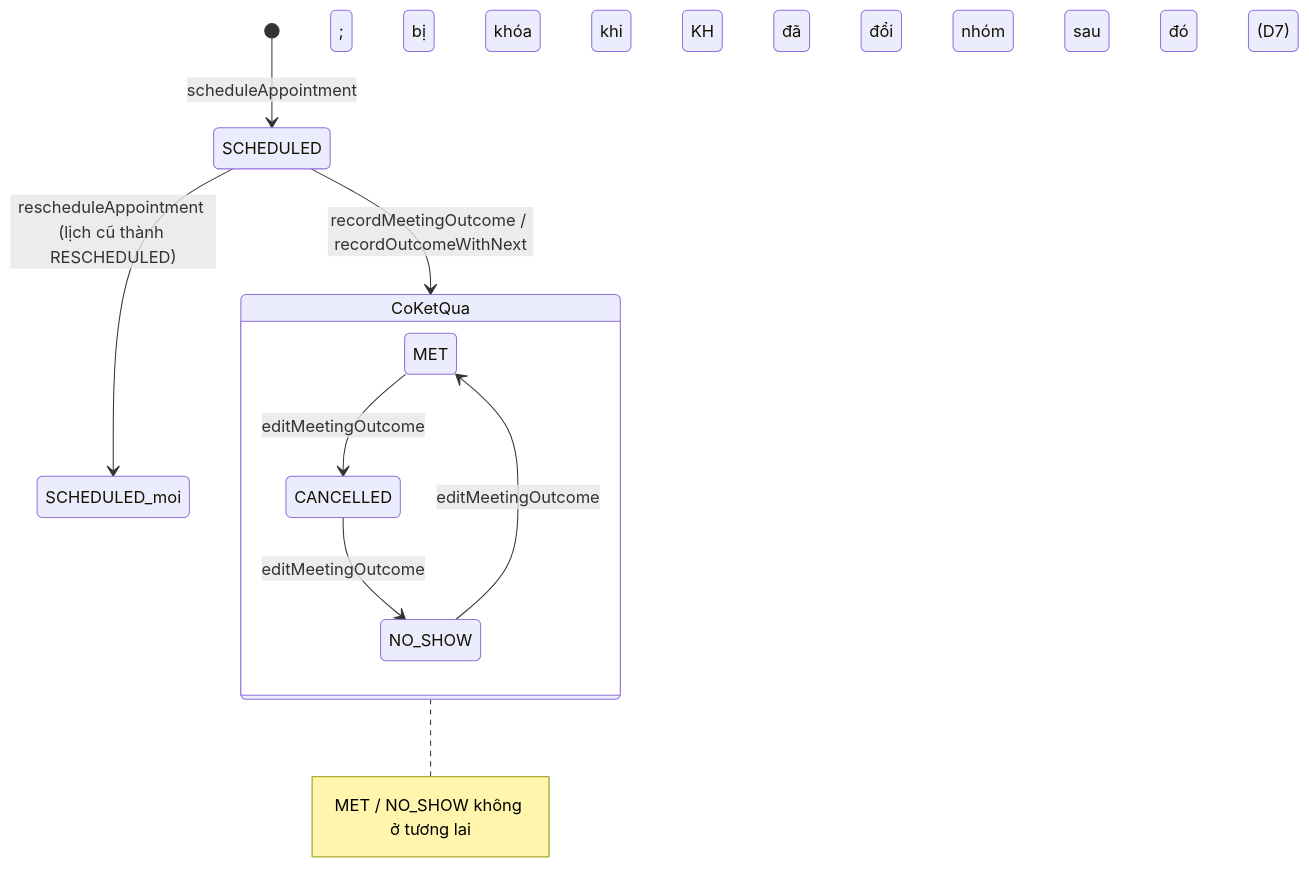
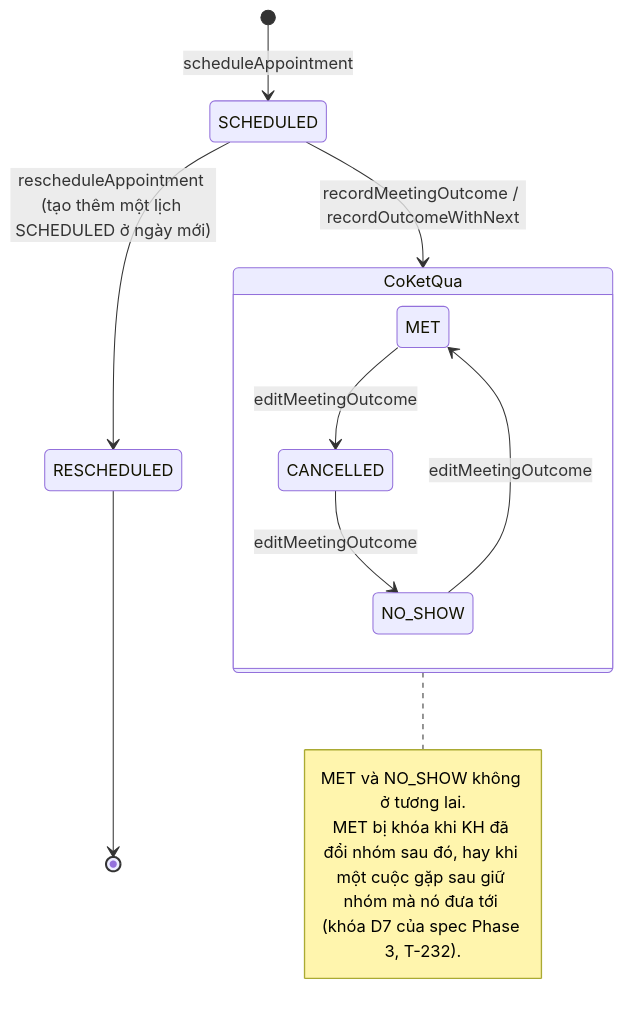
One commit to AlexH-AI/Project-2C changed the diagram in docs/design/state-machines.md. Above: the diagram before and after it, drawn with Mermaid. The commit also changed other lines of this file, not shown here.

First line of the commit message:
docs: fix the D2 diagram and the D7 codes of the catalog (T-402)

````diff
--- a/docs/design/state-machines.md
+++ b/docs/design/state-machines.md
@@ -47,12 +47,16 @@
 ```mermaid
 stateDiagram-v2
   [*] --> SCHEDULED: scheduleAppointment
-  SCHEDULED --> SCHEDULED_moi: rescheduleAppointment (lịch cũ thành RESCHEDULED)
+  SCHEDULED --> RESCHEDULED: rescheduleAppointment (tạo thêm một lịch SCHEDULED ở ngày mới)
+  RESCHEDULED --> [*]
   SCHEDULED --> CoKetQua: recordMeetingOutcome / recordOutcomeWithNext
   state CoKetQua {
     MET --> CANCELLED: editMeetingOutcome
     CANCELLED --> NO_SHOW: editMeetingOutcome
     NO_SHOW --> MET: editMeetingOutcome
   }
-  note right of CoKetQua: MET / NO_SHOW không ở tương lai; MET bị khóa khi KH đã đổi nhóm sau đó (D7)
+  note right of CoKetQua
+    MET và NO_SHOW không ở tương lai.
+    MET bị khóa khi KH đã đổi nhóm sau đó, hay khi một cuộc gặp sau giữ nhóm mà nó đưa tới (khóa D7 của spec Phase 3, T-232).
+  end note
 ```
````
